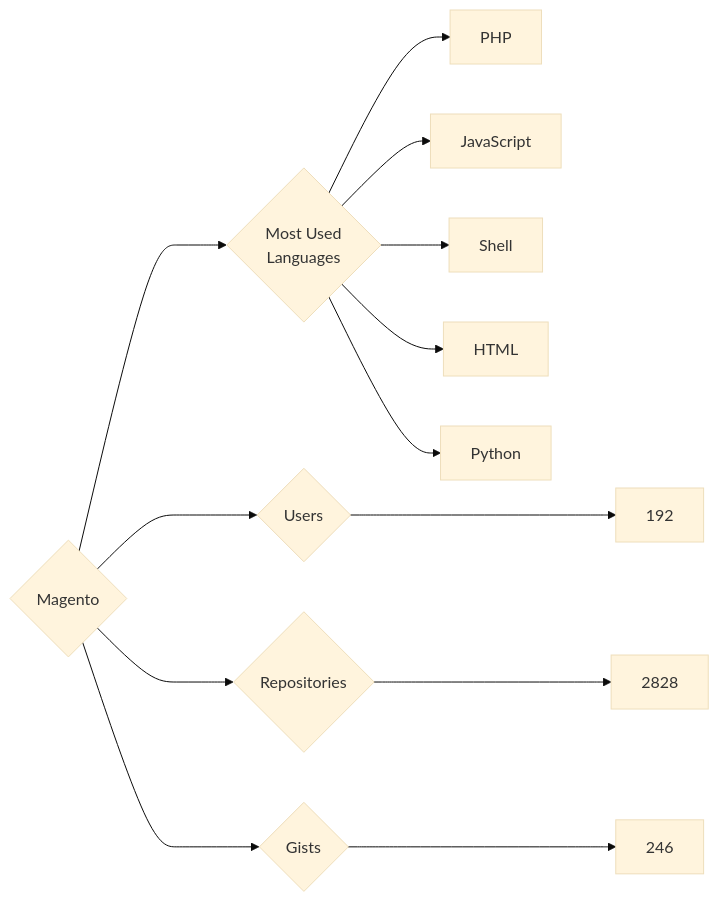
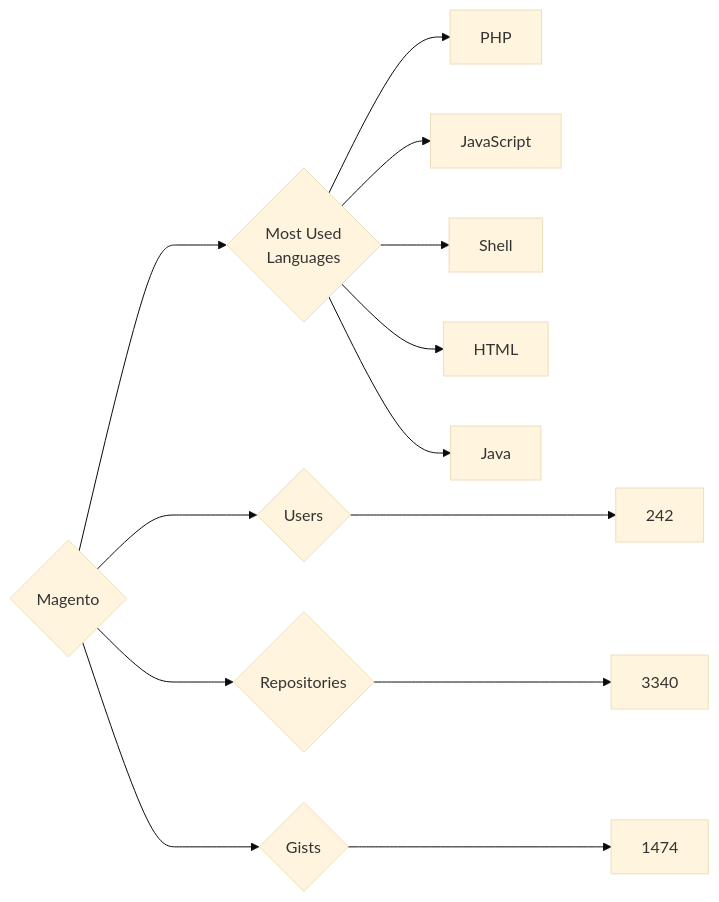
Before and after one commit to trickest/insiders: the diagram in targets/Magento/README.md, drawn with Mermaid (base theme). The commit also changed 611 other files, not shown here.

````diff
--- a/targets/Magento/README.md
+++ b/targets/Magento/README.md
@@ -3,13 +3,13 @@
 ```mermaid
 graph LR
 COMPANY_NAME{Magento}
-COMPANY_NAME ---> U{Users} ---> UN[192]
-COMPANY_NAME ---> R{Repositories} ---> RN[2828]
-COMPANY_NAME ---> G{Gists} ---> GN[246]
+COMPANY_NAME ---> U{Users} ---> UN[242]
+COMPANY_NAME ---> R{Repositories} ---> RN[3340]
+COMPANY_NAME ---> G{Gists} ---> GN[1474]
 COMPANY_NAME ---> ML{Most Used<br>Languages}
 ML --> PHP[PHP]
 ML --> JavaScript[JavaScript]
 ML --> Shell[Shell]
 ML --> HTML[HTML]
-ML --> Python[Python]
+ML --> Java[Java]
 ```
````
